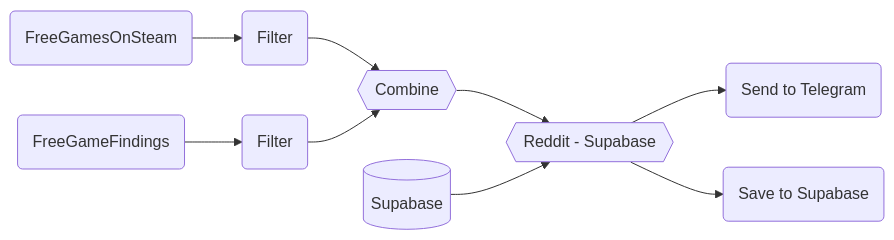
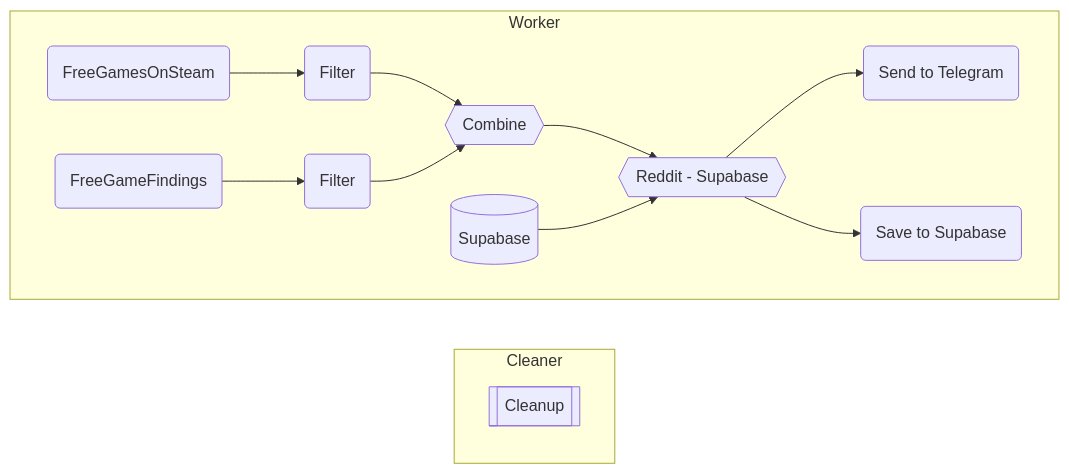
The diagram in docs/freegames.md (100nandoo/gobot), drawn with Mermaid before and after one commit. The commit also changed other lines of this file and 2 other files, not shown here.

````diff
--- a/docs/freegames.md
+++ b/docs/freegames.md
@@ -12,20 +12,30 @@
 ```mermaid
 flowchart LR
-    A(FreeGamesOnSteam)
-    B(Filter)
-    C(FreeGameFindings)
-    D(Filter)
-    E[(Supabase)]
-    F{{Combine}}
-    G{{Reddit - Supabase}}
-    H(Send to Telegram)
-    I(Save to Supabase)
-    A --> B
-    C --> D
-    B --> F
-    D --> F
-    F --> G
-    E --> G
-    G --> H
-    G --> I
+    subgraph Cleaner 
+        J
+    end
+    
+    subgraph Worker
+        direction LR
+       A --> B
+       C --> D
+       B --> F
+       D --> F
+       F --> G
+       E --> G
+       G --> H
+       G --> I
+    end
+
+   A(FreeGamesOnSteam)
+   B(Filter)
+   C(FreeGameFindings)
+   D(Filter)
+   E[(Supabase)]
+   F{{Combine}}
+   G{{Reddit - Supabase}}
+   H(Send to Telegram)
+   I(Save to Supabase)
+   J[[Cleanup]]
+    
 ```
````
